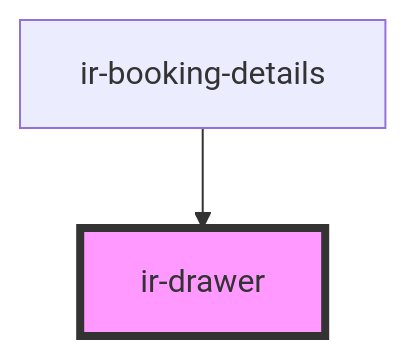
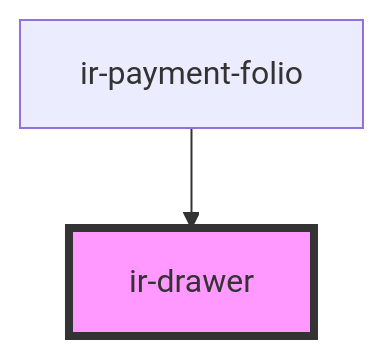
One commit to David1Chowaifaty/modified-ir-webcmp changed the diagram in src/components/ir-drawer/readme.md. Above: the diagram before and after it, drawn with Mermaid. The commit also changed other lines of this file and 25 other files, not shown here.

````diff
--- a/src/components/ir-drawer/readme.md
+++ b/src/components/ir-drawer/readme.md
@@ -34,5 +34,5 @@
 ```mermaid
 graph TD;
-  ir-booking-details --> ir-drawer
+  ir-payment-folio --> ir-drawer
   style ir-drawer fill:#f9f,stroke:#333,stroke-width:4px
 ```
````
